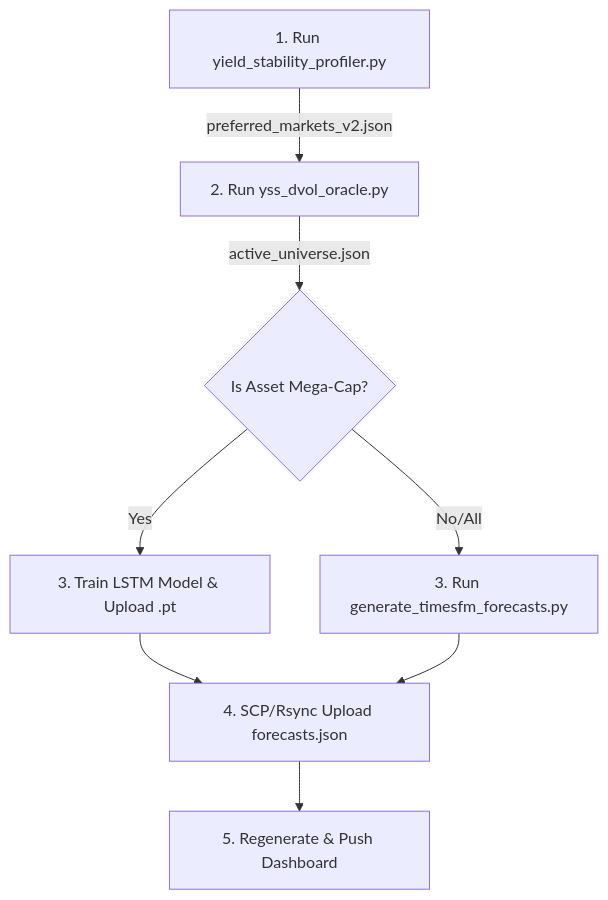
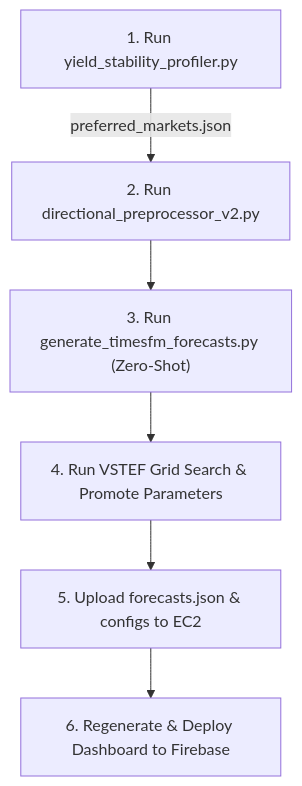
Before and after one commit to stefanbund/stadium-public-data: the first of 2 diagrams in coinbase/SYSTEM_ARCHITECTURE.md, drawn with Mermaid. The commit also changed other lines of this file, not shown here.

Commit message:
[coinbase] MLOps Architecture Blueprint Deployment: 2026-08-11 07:24:26

````diff
--- a/coinbase/SYSTEM_ARCHITECTURE.md
+++ b/coinbase/SYSTEM_ARCHITECTURE.md
@@ -36,10 +37,8 @@
             ```mermaid
             graph TD
-                A["1. Run yield_stability_profiler.py"] -->|preferred_markets_v2.json| B["2. Run yss_dvol_oracle.py"]
-                B -->|active_universe.json| C{Is Asset Mega-Cap?}
-                C -->|Yes| D["3. Train LSTM Model & Upload .pt"]
-                C -->|No/All| E["3. Run generate_timesfm_forecasts.py"]
-                D --> F["4. SCP/Rsync Upload forecasts.json"]
-                E --> F
-                F --> G["5. Regenerate & Push Dashboard"]
+                A["1. Run yield_stability_profiler.py"] -->|preferred_markets.json| B["2. Run directional_preprocessor_v2.py"]
+                B --> C["3. Run generate_timesfm_forecasts.py (Zero-Shot)"]
+                C --> D["4. Run VSTEF Grid Search & Promote Parameters"]
+                D --> E["5. Upload forecasts.json & configs to EC2"]
+                E --> F["6. Regenerate & Deploy Dashboard to Firebase"]
             ```
````
